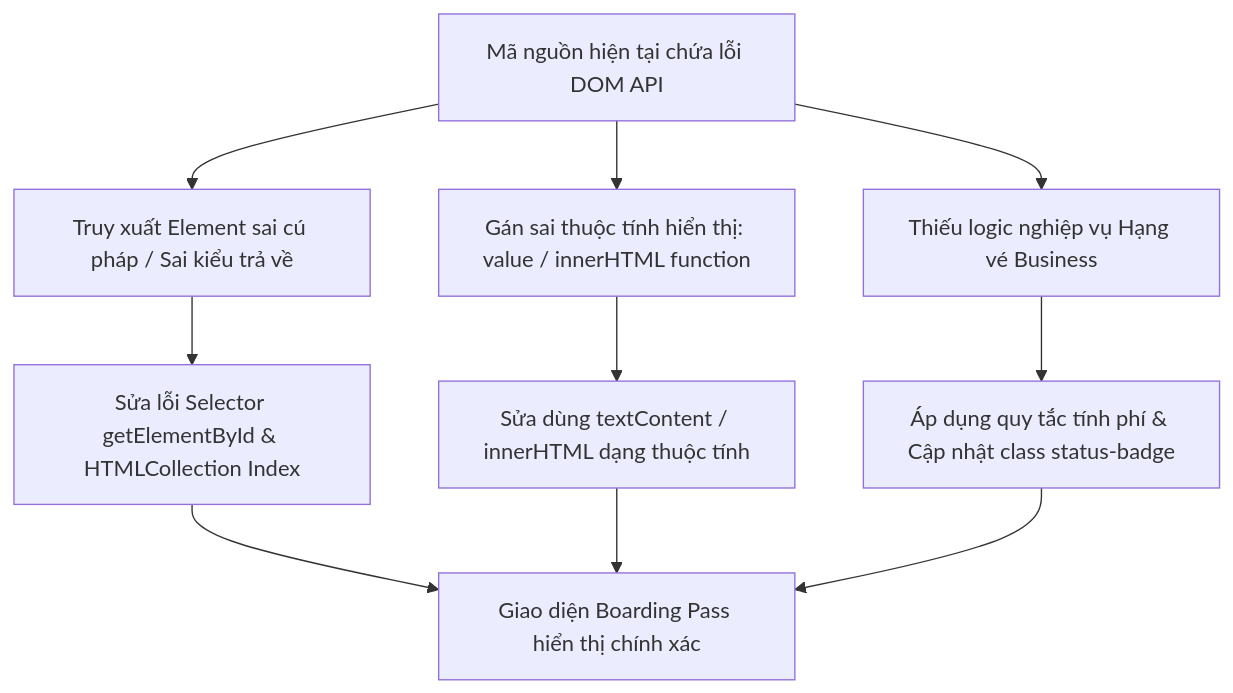
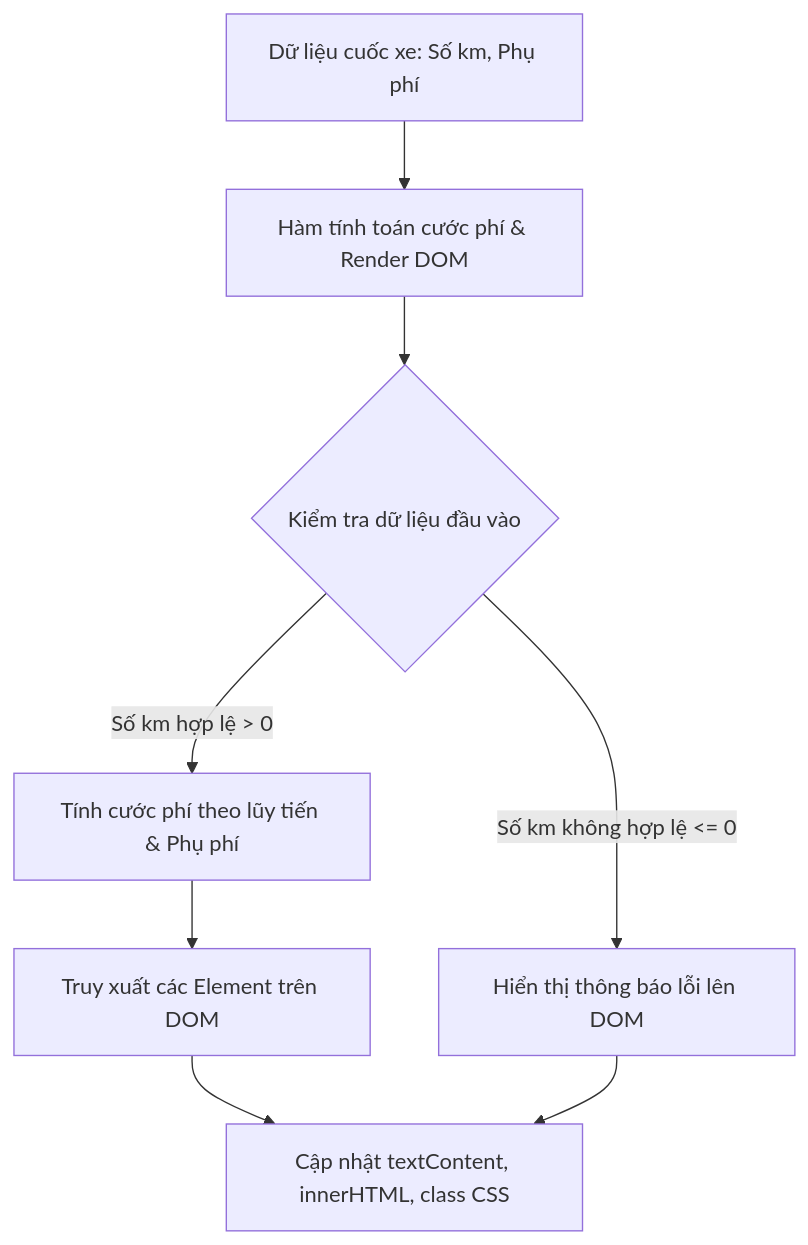
One commit to ngoquy12/learning_material changed the diagram in output/pms/Phát_triển_ứng_dụng_web/Session 17 - Tương tác DOM API (Document Object Model)- Truy xuất và Thay đổi Nội dung/Bài tập/2_van_dung_co_ban_2_ban_vua_gia_nhap_doi/de_bai.md. Above: the diagram before and after it, drawn with Mermaid. The commit also changed other lines of this file and 152 other files, not shown here.

Commit message:
feat(domain): implement Session Domain Anchor Architecture for 100% unified domain consistency across all session resources

````diff
--- a/output/pms/Phát_triển_ứng_dụng_web/Session 17 - Tương tác DOM API (Document Object Model)- Truy xuất và Thay đổi Nội dung/Bài tập/2_van_dung_co_ban_2_ban_vua_gia_nhap_doi/de_bai.md
+++ b/output/pms/Phát_triển_ứng_dụng_web/Session 17 - Tương tác DOM API (Document Object Model)- Truy xuất và Thay đổi Nội dung/Bài tập/2_van_dung_co_ban_2_ban_vua_gia_nhap_doi/de_bai.md
@@ -18,12 +16,10 @@
 ```mermaid
 graph TD
-    A[Mã nguồn hiện tại chứa lỗi DOM API] --> B[Truy xuất Element sai cú pháp / Sai kiểu trả về]
-    A --> C[Gán sai thuộc tính hiển thị: value / innerHTML function]
-    A --> D[Thiếu logic nghiệp vụ Hạng vé Business]
-    B --> E[Sửa lỗi Selector getElementById & HTMLCollection Index]
-    C --> F[Sửa dùng textContent / innerHTML dạng thuộc tính]
-    D --> G[Áp dụng quy tắc tính phí & Cập nhật class status-badge]
-    E --> H[Giao diện Boarding Pass hiển thị chính xác]
-    F --> H
-    G --> H
+    A[Dữ liệu cuốc xe: Số km, Phụ phí] --> B[Hàm tính toán cước phí & Render DOM]
+    B --> C{Kiểm tra dữ liệu đầu vào}
+    C -->|Số km hợp lệ > 0| D[Tính cước phí theo lũy tiến & Phụ phí]
+    C -->|Số km không hợp lệ <= 0| E[Hiển thị thông báo lỗi lên DOM]
+    D --> F[Truy xuất các Element trên DOM]
+    F --> G[Cập nhật textContent, innerHTML, class CSS]
+    E --> G
 ```
````
